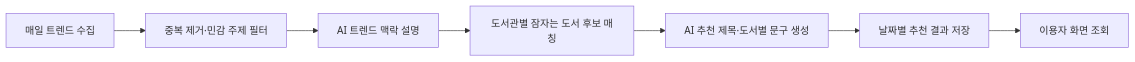
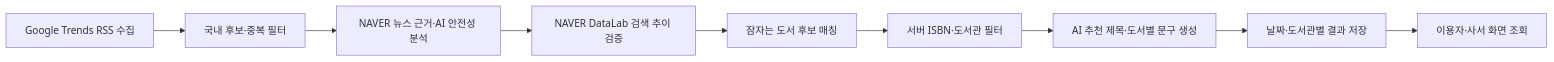
The third of 3 diagrams in docs/최종보고서.md (2026-PNU-AI-StudyGroup/2026-pnuai-studygroup-03), drawn with Mermaid before and after one commit. The commit also changed other lines of this file and 2 other files, not shown here.

````diff
--- a/docs/최종보고서.md
+++ b/docs/최종보고서.md
@@ -153,9 +167,11 @@
 ```mermaid
 flowchart LR
-  A["매일 트렌드 수집"] --> B["중복 제거·민감 주제 필터"]
-  B --> C["AI 트렌드 맥락 설명"]
-  C --> D["도서관별 잠자는 도서 후보 매칭"]
-  D --> E["AI 추천 제목·도서별 문구 생성"]
-  E --> F["날짜별 추천 결과 저장"]
-  F --> G["이용자 화면 조회"]
+  A["Google Trends RSS 수집"] --> B["국내 후보·중복 필터"]
+  B --> C["NAVER 뉴스 근거·AI 안전성 분석"]
+  C --> D["NAVER DataLab 검색 추이 검증"]
+  D --> E["잠자는 도서 후보 매칭"]
+  E --> F["서버 ISBN·도서관 필터"]
+  F --> G["AI 추천 제목·도서별 문구 생성"]
+  G --> H["날짜·도서관별 결과 저장"]
+  H --> I["이용자·사서 화면 조회"]
 ```
````
